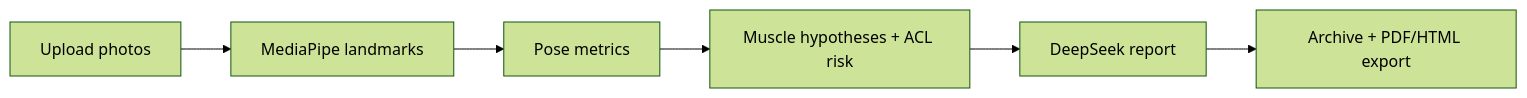
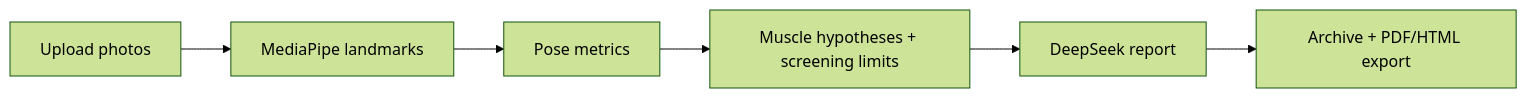
The diagram in README_EN.md (luoyesong888/pose-assessment), drawn with Mermaid (forest theme) before and after one commit. The commit also changed other lines of this file and 23 other files, not shown here.

````diff
--- a/README_EN.md
+++ b/README_EN.md
@@ -25,8 +27,8 @@
 ```mermaid
 flowchart LR
     A[Upload photos] --> B[MediaPipe landmarks]
     B --> C[Pose metrics]
-    C --> D[Muscle hypotheses + ACL risk]
+    C --> D[Muscle hypotheses + screening limits]
     D --> E[DeepSeek report]
     E --> F[Archive + PDF/HTML export]
 ```
````
